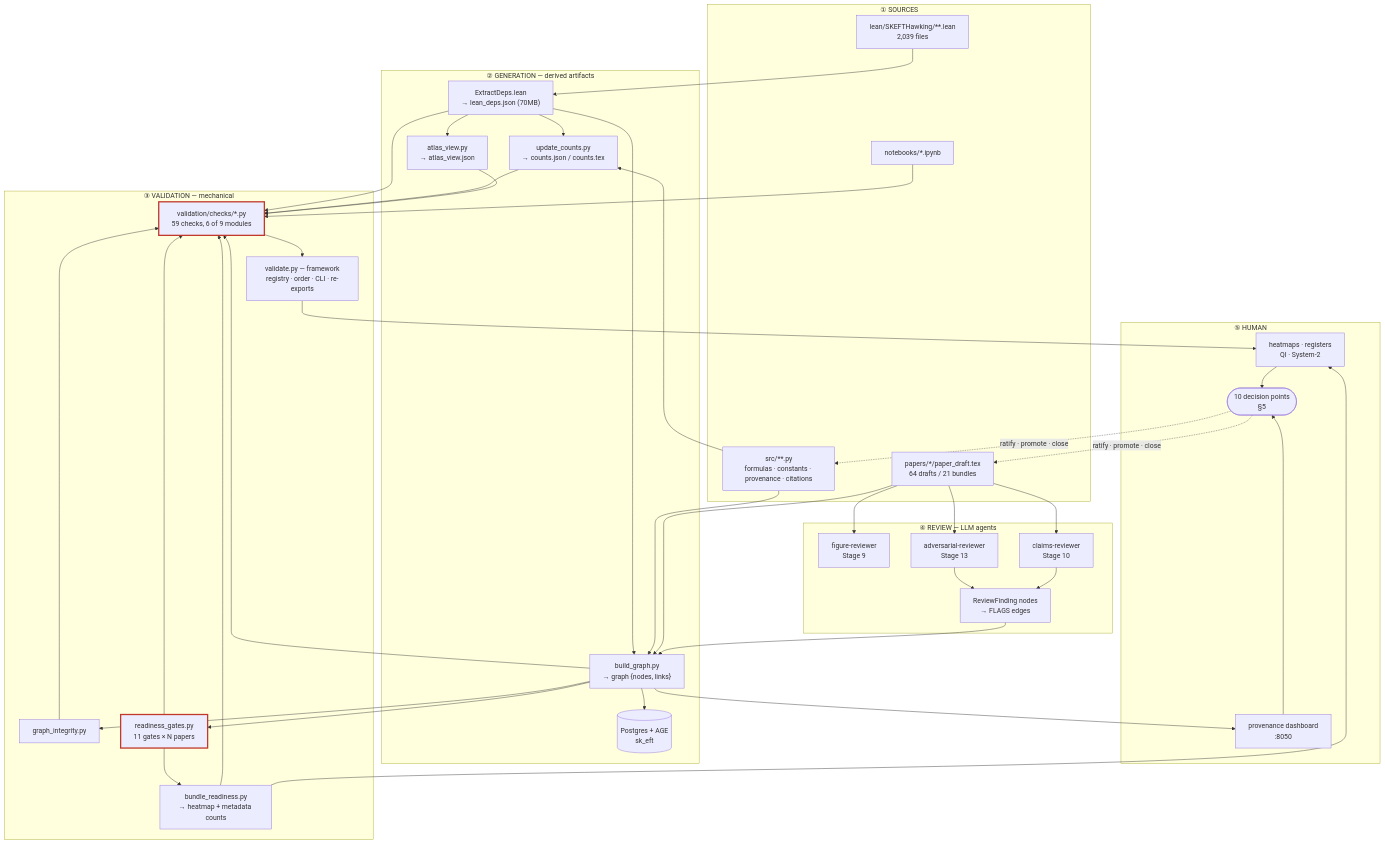
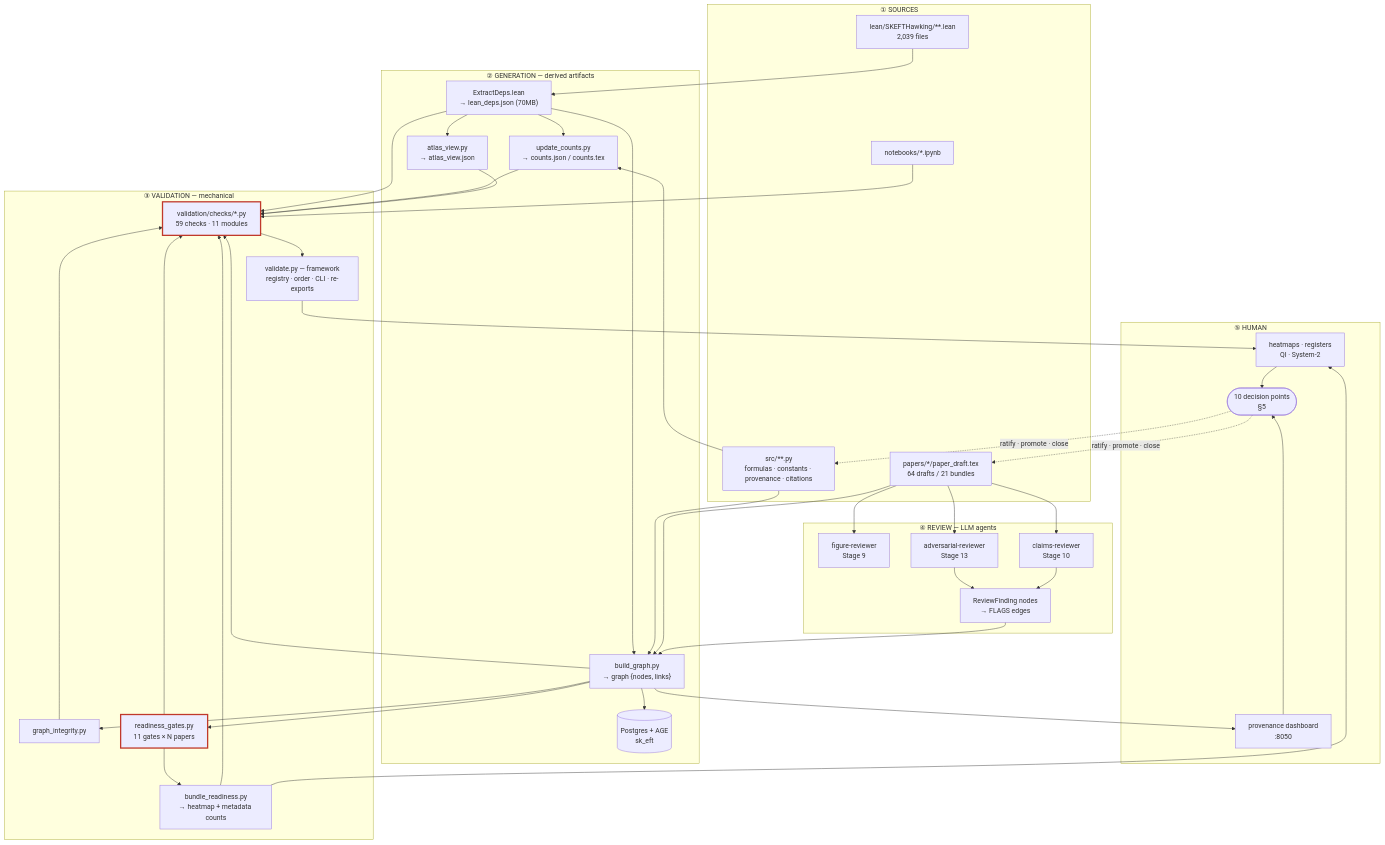
The first of 3 diagrams in docs/architecture/QA_QI_INFRASTRUCTURE_MAP.md (NetRxn/SK_EFT_Hawking), drawn with Mermaid before and after one commit. The commit also changed other lines of this file and 1 other file, not shown here.

First line of the commit message:
docs(architecture): Phase 2 complete — map and tracker to the final architecture

````diff
--- a/docs/architecture/QA_QI_INFRASTRUCTURE_MAP.md
+++ b/docs/architecture/QA_QI_INFRASTRUCTURE_MAP.md
@@ -25,58 +25,58 @@
 ```mermaid
 flowchart TB
     subgraph S["① SOURCES"]
         LEAN["lean/SKEFTHawking/**.lean<br/>2,039 files"]
         PY["src/**.py<br/>formulas · constants · provenance · citations"]
         TEX["papers/*/paper_draft.tex<br/>64 drafts / 21 bundles"]
         NB["notebooks/*.ipynb"]
     end
 
     subgraph G["② GENERATION — derived artifacts"]
         ED["ExtractDeps.lean<br/>→ lean_deps.json (70MB)"]
         CNT["update_counts.py<br/>→ counts.json / counts.tex"]
         ATL["atlas_view.py<br/>→ atlas_view.json"]
         BG["build_graph.py<br/>→ graph {nodes, links}"]
         PG[("Postgres + AGE<br/>sk_eft")]
     end
 
     subgraph V["③ VALIDATION — mechanical"]
         VAL["validate.py — framework<br/>registry · order · CLI · re-exports"]
-        VCK["validation/checks/*.py<br/>59 checks, 6 of 9 modules"]
+        VCK["validation/checks/*.py<br/>59 checks · 11 modules"]
         GI["graph_integrity.py"]
         RG["readiness_gates.py<br/>11 gates × N papers"]
         BR["bundle_readiness.py<br/>→ heatmap + metadata counts"]
     end
 
     subgraph R["④ REVIEW — LLM agents"]
         FR["figure-reviewer<br/>Stage 9"]
         CR["claims-reviewer<br/>Stage 10"]
         AR["adversarial-reviewer<br/>Stage 13"]
         RF["ReviewFinding nodes<br/>→ FLAGS edges"]
     end
 
     subgraph H["⑤ HUMAN"]
         DASH["provenance dashboard<br/>:8050"]
         HEAT["heatmaps · registers<br/>QI · System-2"]
         DEC(["10 decision points<br/>§5"])
     end
 
     LEAN --> ED --> CNT & ATL & BG
     PY --> BG & CNT
     TEX --> BG
     BG --> PG & GI & RG
     RG --> BR
     ED & CNT & ATL & BG --> VCK
     GI & RG & BR --> VCK
     VCK --> VAL
     TEX --> FR & CR & AR
     NB --> VCK
     AR & CR --> RF --> BG
     VAL --> HEAT
     BR --> HEAT
     BG --> DASH
     HEAT & DASH --> DEC
     DEC -.->|"ratify · promote · close"| PY & TEX
 
     classDef broken stroke:#c0392b,stroke-width:3px
     class VCK,RG broken
 ```
````
